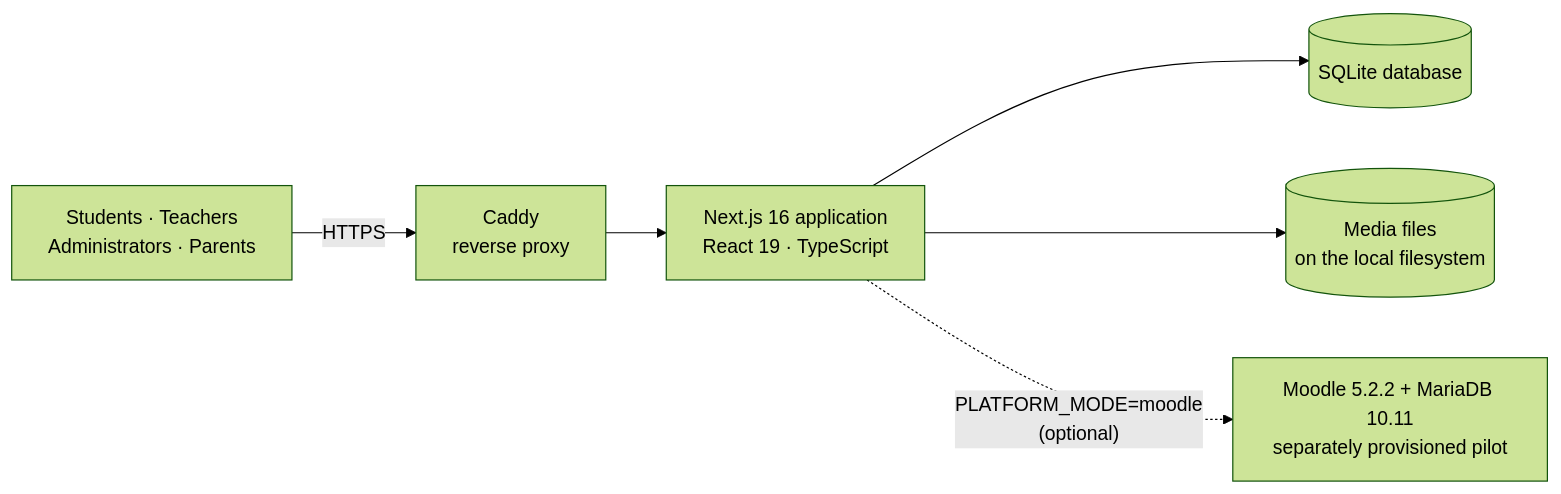
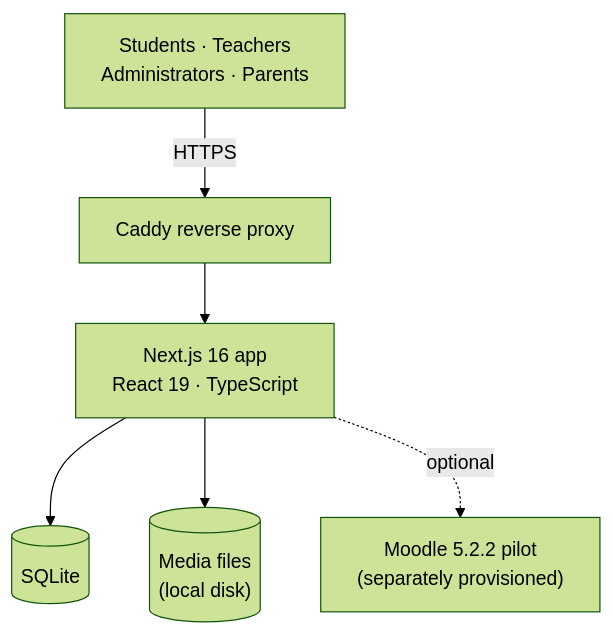
Before and after one commit to omargad/Bangla-Adventure: the diagram in README.md, drawn with Mermaid (forest theme). The commit also changed other lines of this file and 9 other files, not shown here.

````diff
--- a/README.md
+++ b/README.md
@@ -174,8 +136,8 @@
 ```mermaid
-flowchart LR
-    people["Students · Teachers<br/>Administrators · Parents"] -->|HTTPS| caddy["Caddy<br/>reverse proxy"]
-    caddy --> app["Next.js 16 application<br/>React 19 · TypeScript"]
-    app --> db[("SQLite database")]
-    app --> media[("Media files<br/>on the local filesystem")]
-    app -. "PLATFORM_MODE=moodle<br/>(optional)" .-> moodle["Moodle 5.2.2 + MariaDB 10.11<br/>separately provisioned pilot"]
+flowchart TB
+    people["Students · Teachers<br/>Administrators · Parents"] -->|HTTPS| caddy["Caddy reverse proxy"]
+    caddy --> app["Next.js 16 app<br/>React 19 · TypeScript"]
+    app --> db[("SQLite")]
+    app --> media[("Media files<br/>(local disk)")]
+    app -. "optional" .-> moodle["Moodle 5.2.2 pilot<br/>(separately provisioned)"]
 ```
````
